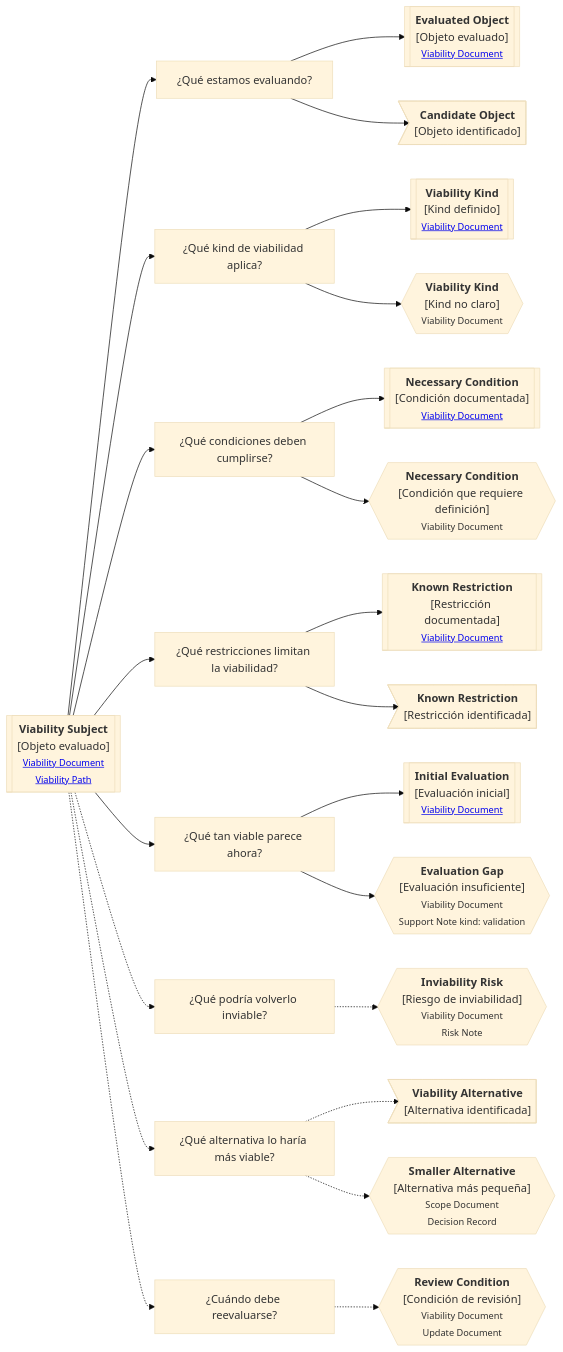
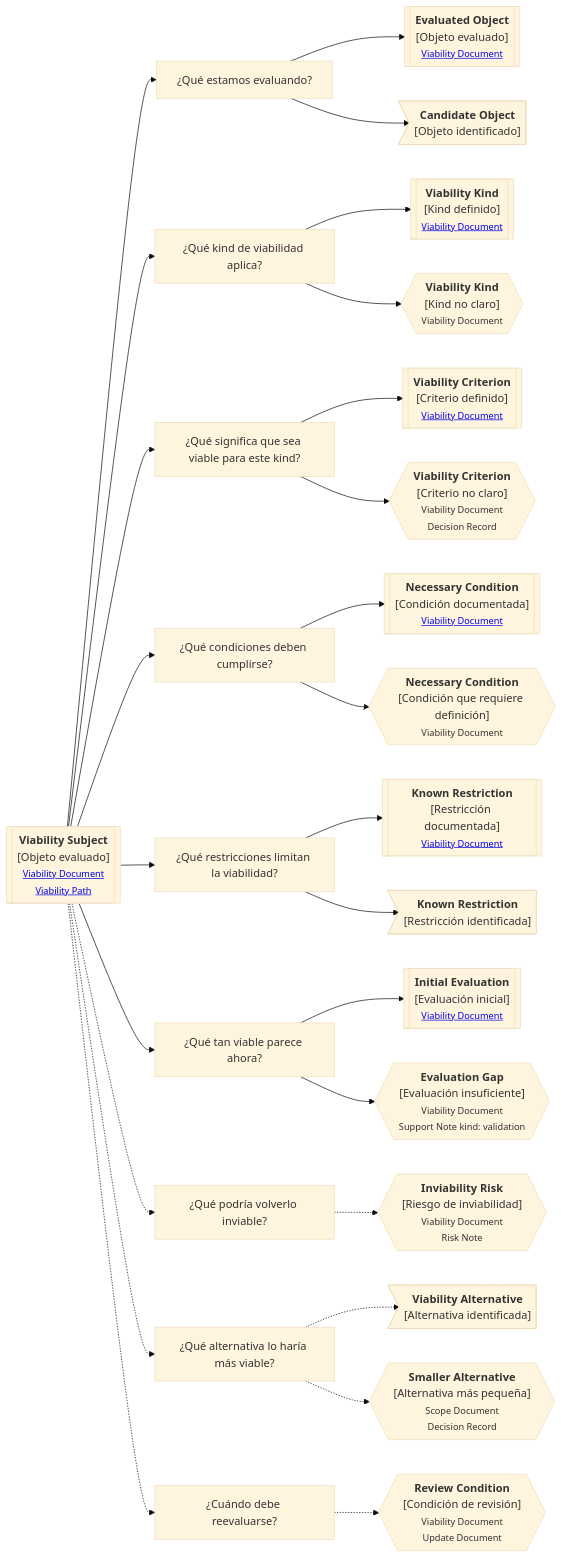
One commit to vslices/docs changed the diagram in docs/es/alive-lab/research/notes/docs-standard/artifacts/continuity-paths/core/viability.md. Above: the diagram before and after it, drawn with Mermaid (base theme). The commit also changed other lines of this file and 10 other files, not shown here.

````diff
--- a/docs/es/alive-lab/research/notes/docs-standard/artifacts/continuity-paths/core/viability.md
+++ b/docs/es/alive-lab/research/notes/docs-standard/artifacts/continuity-paths/core/viability.md
@@ -60,59 +39,39 @@
-```mermaid
+```mermaid id="6xbmp9"
 flowchart LR
     A[["<b>Viability Subject</b><br/>[Objeto evaluado]<br/><small><a href='link'>Viability Document</a><br/><a href='link'>Viability Path</a></small>"]]
 
-    P1["¿Qué estamos evaluando?"]
-    P2["¿Qué kind de viabilidad aplica?"]
-    P3["¿Qué condiciones deben cumplirse?"]
-    P4["¿Qué restricciones limitan la viabilidad?"]
-    P5["¿Qué tan viable parece ahora?"]
-    P6["¿Qué podría volverlo inviable?"]
-    P7["¿Qué alternativa lo haría más viable?"]
-    P8["¿Cuándo debe reevaluarse?"]
+    A --> P1["¿Qué estamos evaluando?"]
+    A --> P2["¿Qué kind de viabilidad aplica?"]
+    A --> P3["¿Qué significa que sea viable para este kind?"]
+    A --> P4["¿Qué condiciones deben cumplirse?"]
+    A --> P5["¿Qué restricciones limitan la viabilidad?"]
+    A --> P6["¿Qué tan viable parece ahora?"]
+    A -.-> P7["¿Qué podría volverlo inviable?"]
+    A -.-> P8["¿Qué alternativa lo haría más viable?"]
+    A -.-> P9["¿Cuándo debe reevaluarse?"]
 
-    O1[["<b>Evaluated Object</b><br/>[Objeto evaluado]<br/><small><a href='link'>Viability Document</a></small>"]]
-    O2>"<b>Candidate Object</b><br/>[Objeto identificado]"]
+    P1 --> O1[["<b>Evaluated Object</b><br/>[Objeto evaluado]<br/><small><a href='link'>Viability Document</a></small>"]]
+    P1 --> O2>"<b>Candidate Object</b><br/>[Objeto identificado]"]
 
-    K1[["<b>Viability Kind</b><br/>[Kind definido]<br/><small><a href='link'>Viability Document</a></small>"]]
-    K2{{"<b>Viability Kind</b><br/>[Kind no claro]<br/><small>Viability Document</small>"}}
+    P2 --> K1[["<b>Viability Kind</b><br/>[Kind definido]<br/><small><a href='link'>Viability Document</a></small>"]]
+    P2 --> K2{{"<b>Viability Kind</b><br/>[Kind no claro]<br/><small>Viability Document</small>"}}
 
-    C1[["<b>Necessary Condition</b><br/>[Condición documentada]<br/><small><a href='link'>Viability Document</a></small>"]]
-    C2{{"<b>Necessary Condition</b><br/>[Condición que requiere definición]<br/><small>Viability Document</small>"}}
+    P3 --> VC1[["<b>Viability Criterion</b><br/>[Criterio definido]<br/><small><a href='link'>Viability Document</a></small>"]]
+    P3 --> VC2{{"<b>Viability Criterion</b><br/>[Criterio no claro]<br/><small>Viability Document<br/>Decision Record</small>"}}
 
-    R1[["<b>Known Restriction</b><br/>[Restricción documentada]<br/><small><a href='link'>Viability Document</a></small>"]]
-    R2>"<b>Known Restriction</b><br/>[Restricción identificada]"]
+    P4 --> C1[["<b>Necessary Condition</b><br/>[Condición documentada]<br/><small><a href='link'>Viability Document</a></small>"]]
+    P4 --> C2{{"<b>Necessary Condition</b><br/>[Condición que requiere definición]<br/><small>Viability Document</small>"}}
 
-    E1[["<b>Initial Evaluation</b><br/>[Evaluación inicial]<br/><small><a href='link'>Viability Document</a></small>"]]
-    E2{{"<b>Evaluation Gap</b><br/>[Evaluación insuficiente]<br/><small>Viability Document<br/>Support Note kind: validation</small>"}}
+    P5 --> R1[["<b>Known Restriction</b><br/>[Restricción documentada]<br/><small><a href='link'>Viability Document</a></small>"]]
+    P5 --> R2>"<b>Known Restriction</b><br/>[Restricción identificada]"]
 
-    IV1{{"<b>Inviability Risk</b><br/>[Riesgo de inviabilidad]<br/><small>Viability Document<br/>Risk Note</small>"}}
+    P6 --> E1[["<b>Initial Evaluation</b><br/>[Evaluación inicial]<br/><small><a href='link'>Viability Document</a></small>"]]
+    P6 --> E2{{"<b>Evaluation Gap</b><br/>[Evaluación insuficiente]<br/><small>Viability Document<br/>Support Note kind: validation</small>"}}
 
-    ALT1>"<b>Viability Alternative</b><br/>[Alternativa identificada]"]
-    ALT2{{"<b>Smaller Alternative</b><br/>[Alternativa más pequeña]<br/><small>Scope Document<br/>Decision Record</small>"}}
+    P7 -.-> IV1{{"<b>Inviability Risk</b><br/>[Riesgo de inviabilidad]<br/><small>Viability Document<br/>Risk Note</small>"}}
 
-    RV1{{"<b>Review Condition</b><br/>[Condición de revisión]<br/><small>Viability Document<br/>Update Document</small>"}}
+    P8 -.-> ALT1>"<b>Viability Alternative</b><br/>[Alternativa identificada]"]
+    P8 -.-> ALT2{{"<b>Smaller Alternative</b><br/>[Alternativa más pequeña]<br/><small>Scope Document<br/>Decision Record</small>"}}
 
-    A --> P1
-    P1 --> O1 & O2
-
-    A --> P2
-    P2 --> K1 & K2
-
-    A --> P3
-    P3 --> C1 & C2
-
-    A --> P4
-    P4 --> R1 & R2
-
-    A --> P5
-    P5 --> E1 & E2
-
-    A -.-> P6
-    P6 -.-> IV1
-
-    A -.-> P7
-    P7 -.-> ALT1 & ALT2
-
-    A -.-> P8
-    P8 -.-> RV1
+    P9 -.-> RV1{{"<b>Review Condition</b><br/>[Condición de revisión]<br/><small>Viability Document<br/>Update Document</small>"}}
 ```
````
